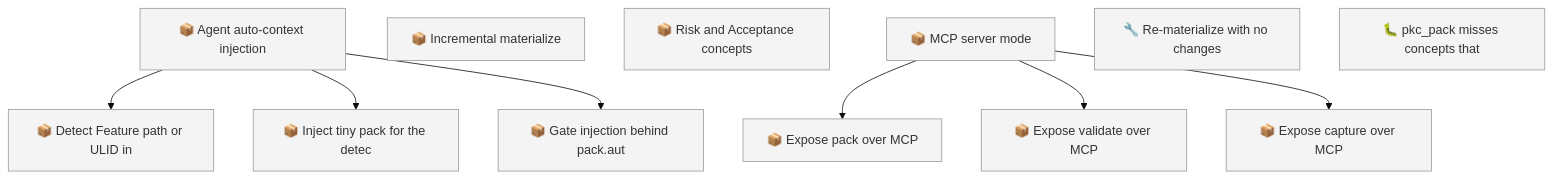
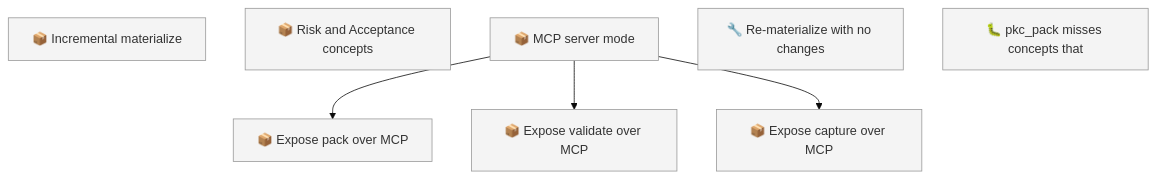
One commit to SpillwaveSolutions/project-knowledge-capture changed the first of 2 diagrams in docs/roadmap.md. Above: the diagram before and after it, drawn with Mermaid (base theme). The commit also changed other lines of this file and 23 other files, not shown here.

First line of the commit message:
feat: auto-context injection via UserPromptSubmit hook

````diff
--- a/docs/roadmap.md
+++ b/docs/roadmap.md
@@ -70,23 +58,16 @@
 ```mermaid
 graph TD
-    01KZ75NC58VJD8E219BYAYPBPA["📦 Agent auto-context injection"]
     01KZ75NQ2VDVFD3R9F0SV38YEN["📦 Incremental materialize"]
     01KZ75NQ7VFPF3YESB5P90DR29["📦 Risk and Acceptance concepts"]
     01KZ75NQCMYGFYRCVJATEBVBRB["📦 MCP server mode"]
-    01KZ75R1ZYFEZVPWDY73CK4P4N["📦 Detect Feature path or ULID in"]
-    01KZ75R254CS97W8MNX9CV3SNF["📦 Inject tiny pack for the detec"]
-    01KZ75R2ADREHM3JD22V5C5HE7["📦 Gate injection behind pack.aut"]
     01KZ75R3EXEG4GVGRP2S9CCKZ4["📦 Expose pack over MCP"]
     01KZ75R3M6BYQ643NKDCCSEEZC["📦 Expose validate over MCP"]
     01KZ75R3S2X1G4PCTGMMSR8BWA["📦 Expose capture over MCP"]
     01KZD15ZR0JEKW6FA0HXM7W9CG["🔧 Re-materialize with no changes"]
     01KZD6QRF62XDCPBDH5BN0H1RD["🐛 pkc_pack misses concepts that"]
-    01KZ75NC58VJD8E219BYAYPBPA --> 01KZ75R1ZYFEZVPWDY73CK4P4N
-    01KZ75NC58VJD8E219BYAYPBPA --> 01KZ75R254CS97W8MNX9CV3SNF
-    01KZ75NC58VJD8E219BYAYPBPA --> 01KZ75R2ADREHM3JD22V5C5HE7
     01KZ75NQCMYGFYRCVJATEBVBRB --> 01KZ75R3EXEG4GVGRP2S9CCKZ4
     01KZ75NQCMYGFYRCVJATEBVBRB --> 01KZ75R3M6BYQ643NKDCCSEEZC
     01KZ75NQCMYGFYRCVJATEBVBRB --> 01KZ75R3S2X1G4PCTGMMSR8BWA
     classDef todo fill:#f4f4f4,stroke:#999999
-    class 01KZ75NC58VJD8E219BYAYPBPA,01KZ75NQ2VDVFD3R9F0SV38YEN,01KZ75NQ7VFPF3YESB5P90DR29,01KZ75NQCMYGFYRCVJATEBVBRB,01KZ75R1ZYFEZVPWDY73CK4P4N,01KZ75R254CS97W8MNX9CV3SNF,01KZ75R2ADREHM3JD22V5C5HE7,01KZ75R3EXEG4GVGRP2S9CCKZ4,01KZ75R3M6BYQ643NKDCCSEEZC,01KZ75R3S2X1G4PCTGMMSR8BWA,01KZD15ZR0JEKW6FA0HXM7W9CG,01KZD6QRF62XDCPBDH5BN0H1RD todo
+    class 01KZ75NQ2VDVFD3R9F0SV38YEN,01KZ75NQ7VFPF3YESB5P90DR29,01KZ75NQCMYGFYRCVJATEBVBRB,01KZ75R3EXEG4GVGRP2S9CCKZ4,01KZ75R3M6BYQ643NKDCCSEEZC,01KZ75R3S2X1G4PCTGMMSR8BWA,01KZD15ZR0JEKW6FA0HXM7W9CG,01KZD6QRF62XDCPBDH5BN0H1RD todo
 ```
````
